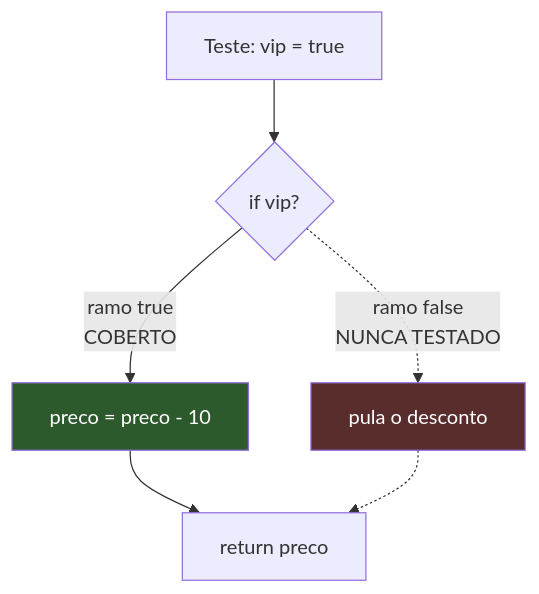
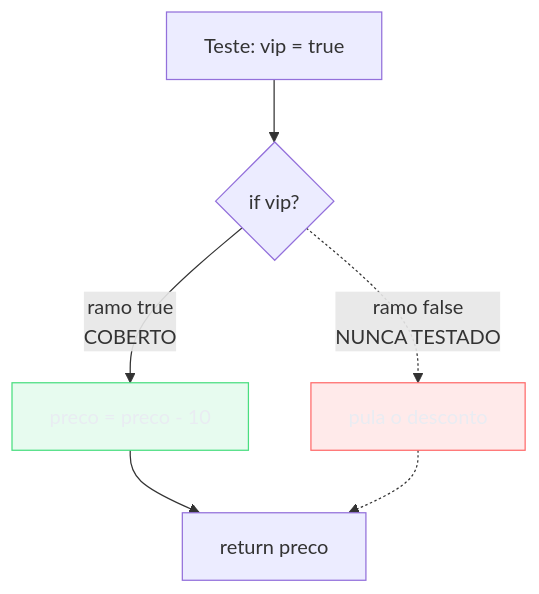
Before and after one commit to josenaldo/codex-technomanticus: the first of 6 diagrams in 03-Dominios/Engenharia/Testes/12 - Coverage e mutation testing.md, drawn with Mermaid. The commit also changed other lines of this file and 1181 other files, not shown here.

First line of the commit message:
fix(diagramas): paleta do sistema no lugar de cor cravada no markdown

````diff
--- a/03-Dominios/Engenharia/Testes/12 - Coverage e mutation testing.md
+++ b/03-Dominios/Engenharia/Testes/12 - Coverage e mutation testing.md
@@ -60,11 +60,13 @@
 ```mermaid
 flowchart TD
+    classDef ok fill:#4ADE8021,stroke:#4ADE80,color:#E9ECF2
+    classDef falha fill:#FF6B6B24,stroke:#FF6B6B,color:#E9ECF2
     A["Teste: vip = true"] --> B{"if vip?"}
     B -->|"ramo true<br/>COBERTO"| C["preco = preco - 10"]
     B -.->|"ramo false<br/>NUNCA TESTADO"| D["pula o desconto"]
     C --> E["return preco"]
     D -.-> E
 
-    style C fill:#2d5a2d,color:#fff
-    style D fill:#5a2d2d,color:#fff
+    class C ok
+    class D falha
 ```
````
